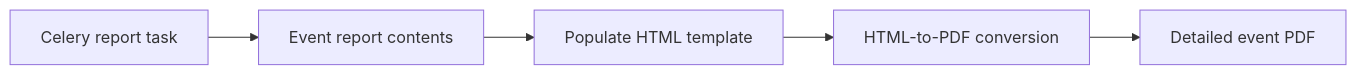
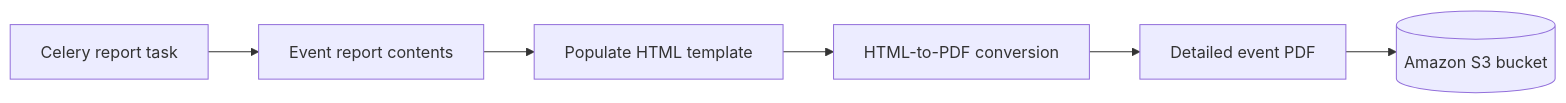
One commit to MerinRose123/InterviewPrep changed the fourth of 5 diagrams in Projects/EventOps/Interview_Guide.md. Above: the diagram before and after it, drawn with Mermaid. The commit also changed other lines of this file and 11 other files, not shown here.

````diff
--- a/Projects/EventOps/Interview_Guide.md
+++ b/Projects/EventOps/Interview_Guide.md
@@ -283,7 +312,8 @@
 ```mermaid
 flowchart LR
     TASK[Celery report task] --> DATA[Event report contents]
     DATA --> TEMPLATE[Populate HTML template]
     TEMPLATE --> RENDER[HTML-to-PDF conversion]
     RENDER --> PDF[Detailed event PDF]
+    PDF --> S3[(Amazon S3 bucket)]
 ```
````
